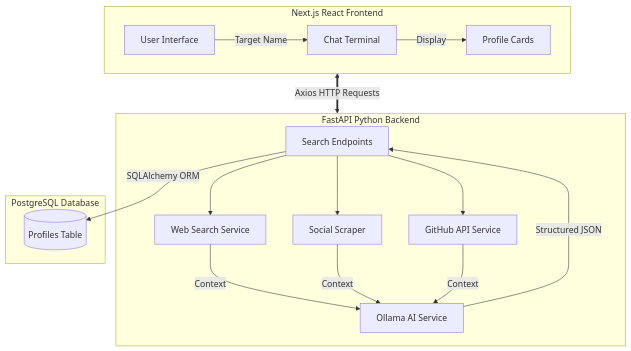
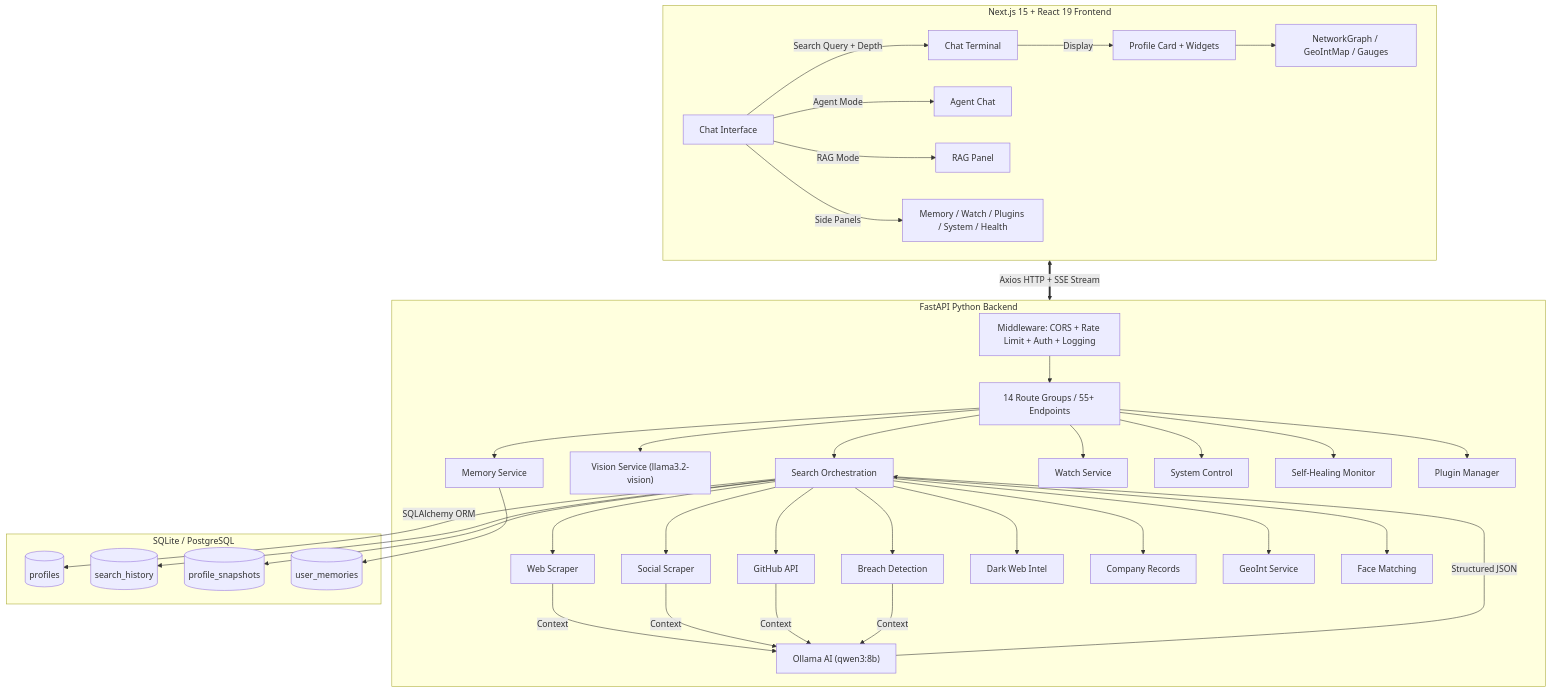
One commit to Yigtwxx/J.A.R.V.I.S changed the diagram in README.md. Above: the diagram before and after it, drawn with Mermaid. The commit also changed other lines of this file, not shown here.

Commit message:
feat: implement core memory management system with frontend panel and backend service integration

````diff
--- a/README.md
+++ b/README.md
@@ -38,21 +56,42 @@
 ```mermaid
 graph TD;
-    subgraph Frontend [Next.js React Frontend]
-        UI[User Interface] -->|Target Name| CHAT[Chat Terminal]
-        CHAT -->|Display| CARDS[Profile Cards]
+    subgraph Frontend ["Next.js 15 + React 19 Frontend"]
+        UI[Chat Interface] -->|Search Query + Depth| CHAT[Chat Terminal]
+        UI -->|Agent Mode| AGENT[Agent Chat]
+        UI -->|RAG Mode| RAG[RAG Panel]
+        CHAT -->|Display| CARDS[Profile Card + Widgets]
+        CARDS --> VIZ[NetworkGraph / GeoIntMap / Gauges]
+        UI -->|Side Panels| PANELS[Memory / Watch / Plugins / System / Health]
     end
 
-    subgraph Backend [FastAPI Python Backend]
-        API[Search Endpoints] --> SS[Web Search Service]
-        API --> SC[Social Scraper]
-        API --> GH[GitHub API Service]
-        SS & SC & GH -->|Context| AI[Ollama AI Service]
-        AI -->|Structured JSON| API
+    subgraph Backend ["FastAPI Python Backend"]
+        MW[Middleware: CORS + Rate Limit + Auth + Logging] --> ROUTES
+        ROUTES[14 Route Groups / 55+ Endpoints]
+        ROUTES --> ORCH[Search Orchestration]
+        ORCH --> SS[Web Scraper]
+        ORCH --> SC[Social Scraper]
+        ORCH --> GH[GitHub API]
+        ORCH --> BR[Breach Detection]
+        ORCH --> DW[Dark Web Intel]
+        ORCH --> CO[Company Records]
+        ORCH --> GEO[GeoInt Service]
+        ORCH --> FM[Face Matching]
+        SS & SC & GH & BR -->|Context| AI["Ollama AI (qwen3:8b)"]
+        AI -->|Structured JSON| ORCH
+        ROUTES --> VIS["Vision Service (llama3.2-vision)"]
+        ROUTES --> MEM[Memory Service]
+        ROUTES --> WATCH[Watch Service]
+        ROUTES --> SYS[System Control]
+        ROUTES --> HEAL[Self-Healing Monitor]
+        ROUTES --> PLG[Plugin Manager]
     end
 
-    subgraph Memory [PostgreSQL Database]
-        API -->|SQLAlchemy ORM| DB[(Profiles Table)]
+    subgraph Persistence ["SQLite / PostgreSQL"]
+        ORCH -->|SQLAlchemy ORM| DB[(profiles)]
+        ORCH --> HIST[(search_history)]
+        ORCH --> SNAP[(profile_snapshots)]
+        MEM --> UMEM[(user_memories)]
     end
 
-    Frontend <==>|Axios HTTP Requests| Backend
+    Frontend <==>|"Axios HTTP + SSE Stream"| Backend
 ```
````
